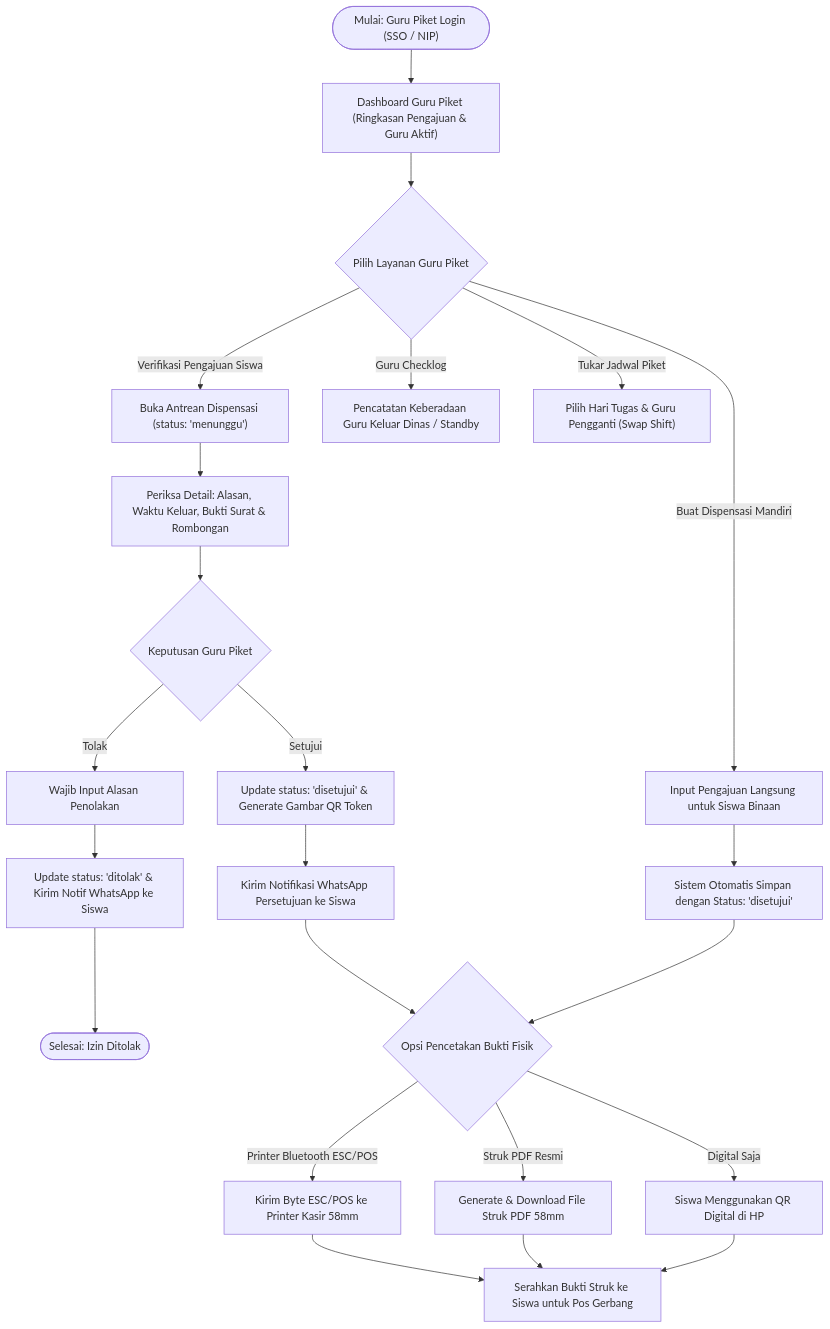
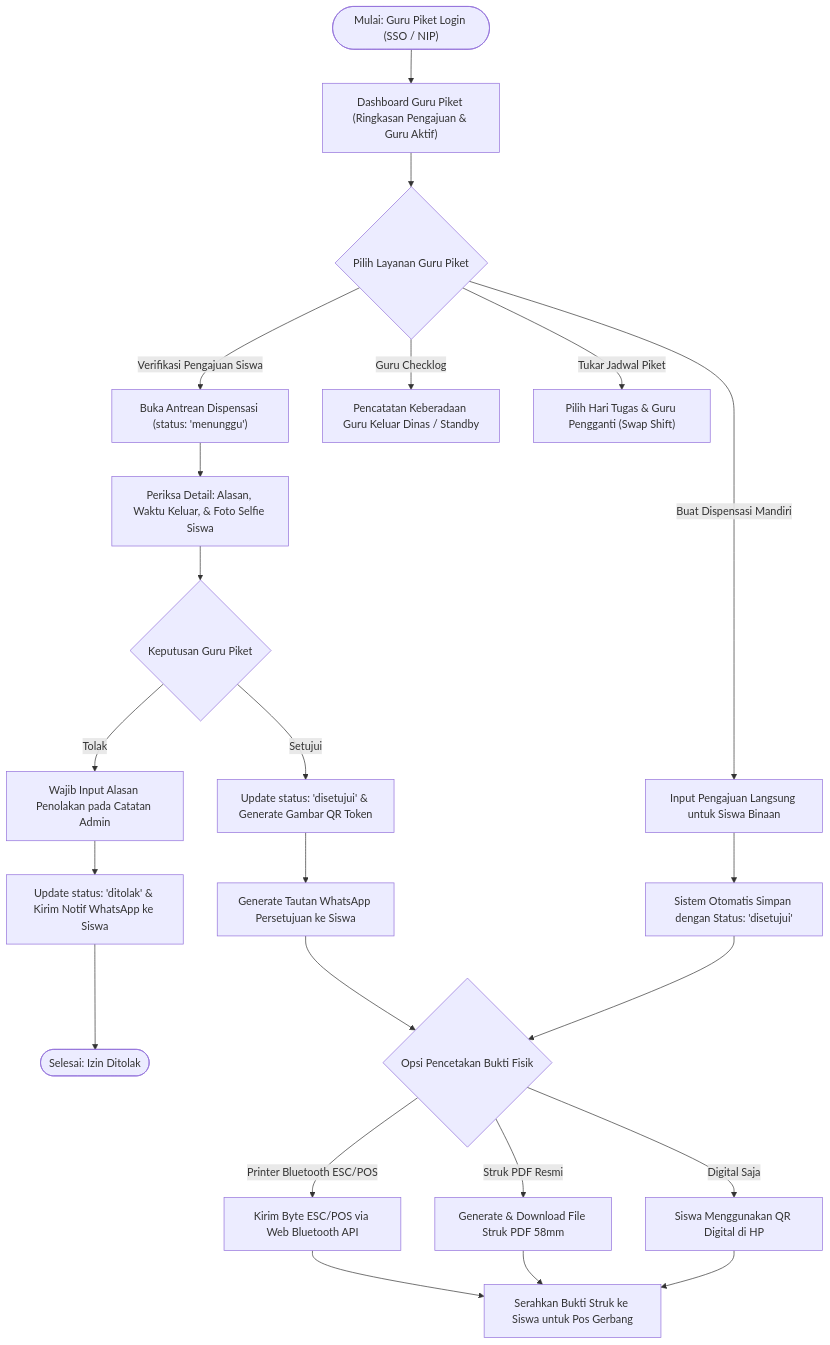
Before and after one commit to Zainal29/Didispen: the second of 4 diagrams in README.md, drawn with Mermaid. The commit also changed other lines of this file and 3 other files, not shown here.

Commit message:
feat : perbarui README & FLOWCHART & ERD & SCRUM

````diff
--- a/README.md
+++ b/README.md
@@ -92,34 +88,34 @@
 ```mermaid
 flowchart TD
     StartGuru(["Mulai: Guru Piket Login (SSO / NIP)"]) --> DashGuru["Dashboard Guru Piket (Ringkasan Pengajuan & Guru Aktif)"]
     DashGuru --> MenuGuru{Pilih Layanan Guru Piket}
 
     %% Modul Approval
     MenuGuru -- "Verifikasi Pengajuan Siswa" --> AntreanIzin["Buka Antrean Dispensasi (status: 'menunggu')"]
-    AntreanIzin --> DetailIzin["Periksa Detail: Alasan, Waktu Keluar, Bukti Surat & Rombongan"]
+    AntreanIzin --> DetailIzin["Periksa Detail: Alasan, Waktu Keluar, & Foto Selfie Siswa"]
     DetailIzin --> Keputusan{"Keputusan Guru Piket"}
     
-    Keputusan -- "Tolak" --> IsiAlasanTolak["Wajib Input Alasan Penolakan"]
+    Keputusan -- "Tolak" --> IsiAlasanTolak["Wajib Input Alasan Penolakan pada Catatan Admin"]
     IsiAlasanTolak --> SimpanTolak["Update status: 'ditolak' & Kirim Notif WhatsApp ke Siswa"]
     SimpanTolak --> EndTolak(["Selesai: Izin Ditolak"])
     
     Keputusan -- "Setujui" --> SimpanSetuju["Update status: 'disetujui' & Generate Gambar QR Token"]
-    SimpanSetuju --> KirimWASetuju["Kirim Notifikasi WhatsApp Persetujuan ke Siswa"]
+    SimpanSetuju --> KirimWASetuju["Generate Tautan WhatsApp Persetujuan ke Siswa"]
     KirimWASetuju --> OpsiCetak{"Opsi Pencetakan Bukti Fisik"}
     
-    OpsiCetak -- "Printer Bluetooth ESC/POS" --> CetakThermal["Kirim Byte ESC/POS ke Printer Kasir 58mm"]
+    OpsiCetak -- "Printer Bluetooth ESC/POS" --> CetakThermal["Kirim Byte ESC/POS via Web Bluetooth API"]
     OpsiCetak -- "Struk PDF Resmi" --> UnduhPDF["Generate & Download File Struk PDF 58mm"]
     OpsiCetak -- "Digital Saja" --> StrukDigital["Siswa Menggunakan QR Digital di HP"]
     CetakThermal --> SerahkanStruk["Serahkan Bukti Struk ke Siswa untuk Pos Gerbang"]
     UnduhPDF --> SerahkanStruk
     StrukDigital --> SerahkanStruk
 
     %% Modul Pengajuan Mandiri
     MenuGuru -- "Buat Dispensasi Mandiri" --> FormMandiri["Input Pengajuan Langsung untuk Siswa Binaan"]
     FormMandiri --> AutoApproved["Sistem Otomatis Simpan dengan Status: 'disetujui'"]
     AutoApproved --> OpsiCetak
 
     %% Modul Checklog Dinas & Tukar Jadwal
     MenuGuru -- "Guru Checklog" --> ChecklogInOut["Pencatatan Keberadaan Guru Keluar Dinas / Standby"]
     MenuGuru -- "Tukar Jadwal Piket" --> AjukanSwap["Pilih Hari Tugas & Guru Pengganti (Swap Shift)"]
 ```
````
